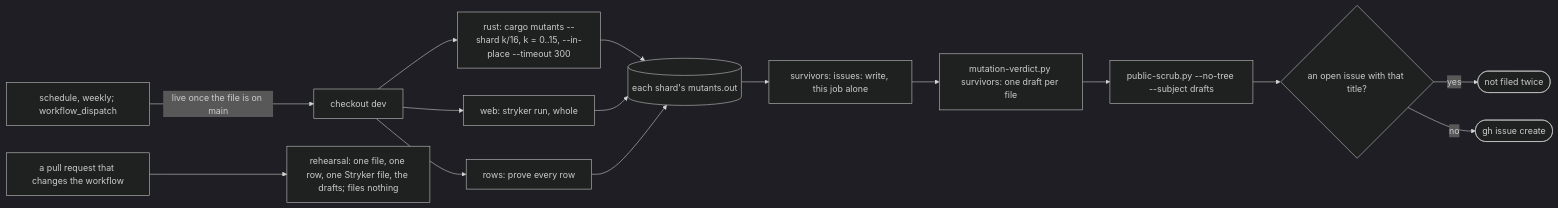
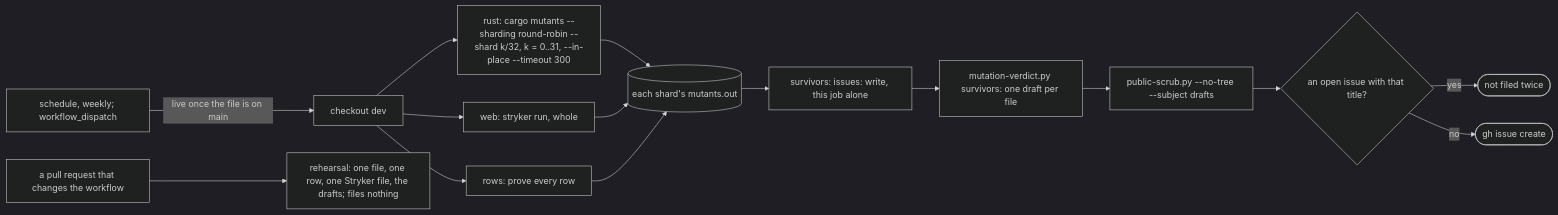
Before and after one commit to RexRenatus/deck-streak: the third of 3 diagrams in docs/schematics/mutation-testing.md, drawn with Mermaid (dark theme). The commit also changed 12 other files, not shown here.

````diff
--- a/docs/schematics/mutation-testing.md
+++ b/docs/schematics/mutation-testing.md
@@ -99,17 +99,17 @@
 ```mermaid
 flowchart LR
   sched[schedule, weekly; workflow_dispatch] -->|live once the file is on main| checkout[checkout dev]
   prtrig[a pull request that changes the workflow] --> rehearsal[rehearsal: one file, one row, one Stryker file, the drafts; files nothing]
-  checkout --> shards[rust: cargo mutants --shard k/16, k = 0..15, --in-place --timeout 300]
+  checkout --> shards[rust: cargo mutants --sharding round-robin --shard k/32, k = 0..31, --in-place --timeout 300]
   checkout --> webfull[web: stryker run, whole]
   checkout --> rowsall[rows: prove every row]
   shards --> reports[(each shard's mutants.out)]
   webfull --> reports
   rowsall --> reports
   reports --> survivors[survivors: issues: write, this job alone]
   survivors --> drafts[mutation-verdict.py survivors: one draft per file]
   drafts --> scrub[public-scrub.py --no-tree --subject drafts]
   scrub --> dedupe{an open issue with that title?}
   dedupe -->|yes| skip([not filed twice])
   dedupe -->|no| file([gh issue create])
 ```
````
